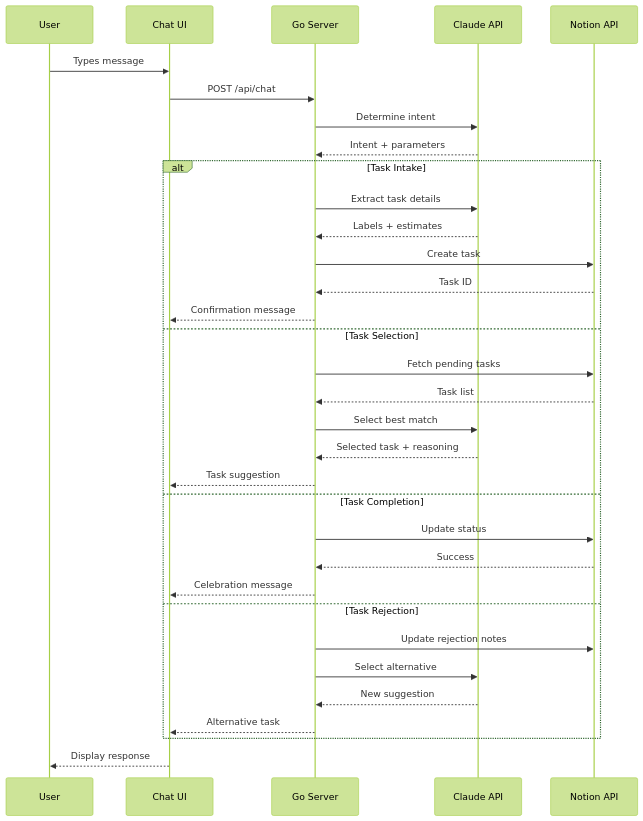
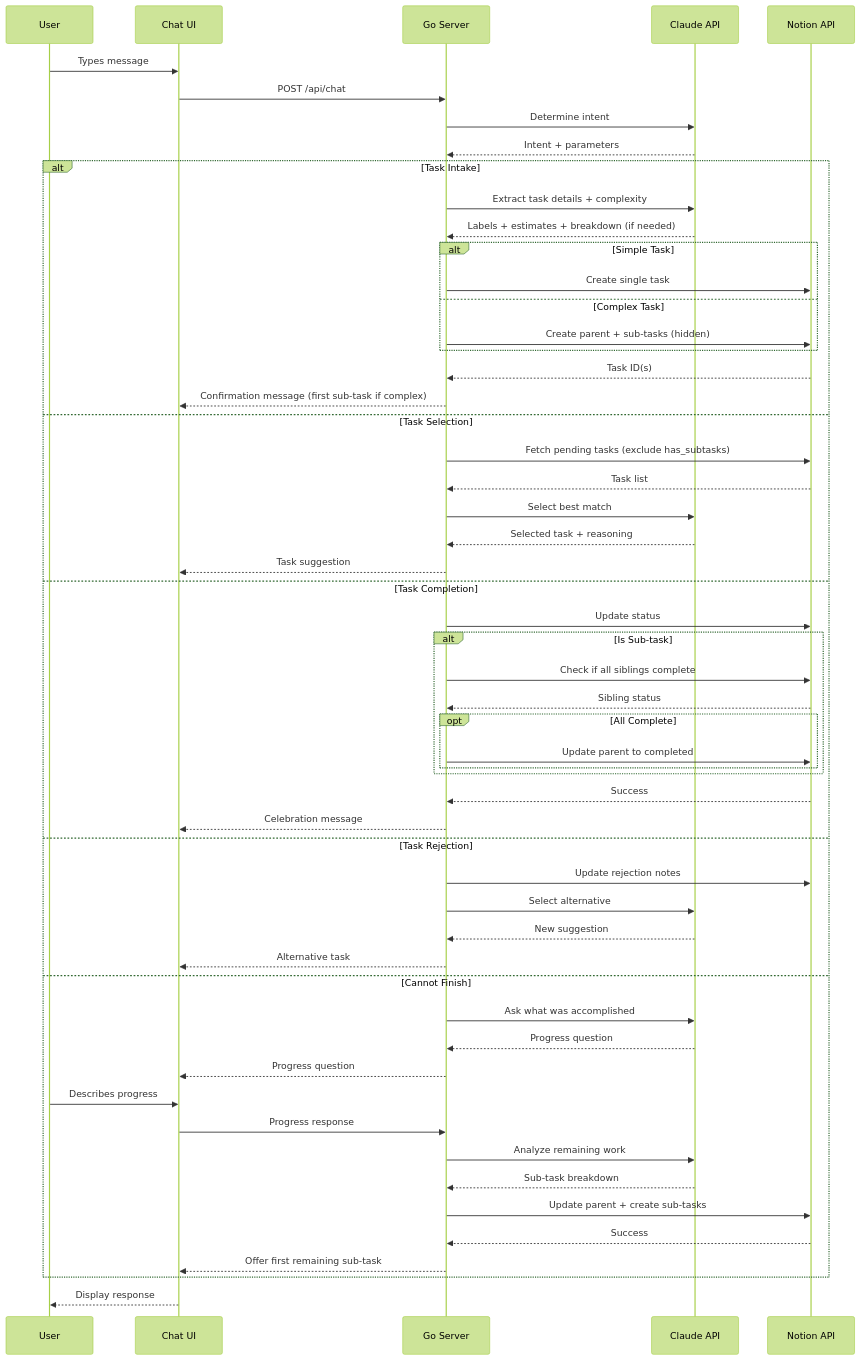
Before and after one commit to NickBorgers/hide-my-list: the third of 5 diagrams in docs/architecture.md, drawn with Mermaid (forest theme). The commit also changed other lines of this file and 4 other files, not shown here.

First line of the commit message:
Add CANNOT_FINISH command and automatic task breakdown

````diff
--- a/docs/architecture.md
+++ b/docs/architecture.md
@@ -75,38 +75,60 @@
 ```mermaid
 sequenceDiagram
     participant User
     participant UI as Chat UI
     participant Server as Go Server
     participant Claude as Claude API
     participant Notion as Notion API
 
     User->>UI: Types message
     UI->>Server: POST /api/chat
     Server->>Claude: Determine intent
     Claude-->>Server: Intent + parameters
 
     alt Task Intake
-        Server->>Claude: Extract task details
-        Claude-->>Server: Labels + estimates
-        Server->>Notion: Create task
-        Notion-->>Server: Task ID
-        Server-->>UI: Confirmation message
+        Server->>Claude: Extract task details + complexity
+        Claude-->>Server: Labels + estimates + breakdown (if needed)
+        alt Simple Task
+            Server->>Notion: Create single task
+        else Complex Task
+            Server->>Notion: Create parent + sub-tasks (hidden)
+        end
+        Notion-->>Server: Task ID(s)
+        Server-->>UI: Confirmation message (first sub-task if complex)
     else Task Selection
-        Server->>Notion: Fetch pending tasks
+        Server->>Notion: Fetch pending tasks (exclude has_subtasks)
         Notion-->>Server: Task list
         Server->>Claude: Select best match
         Claude-->>Server: Selected task + reasoning
         Server-->>UI: Task suggestion
     else Task Completion
         Server->>Notion: Update status
+        alt Is Sub-task
+            Server->>Notion: Check if all siblings complete
+            Notion-->>Server: Sibling status
+            opt All Complete
+                Server->>Notion: Update parent to completed
+            end
+        end
         Notion-->>Server: Success
         Server-->>UI: Celebration message
     else Task Rejection
         Server->>Notion: Update rejection notes
         Server->>Claude: Select alternative
         Claude-->>Server: New suggestion
         Server-->>UI: Alternative task
+    else Cannot Finish
+        Server->>Claude: Ask what was accomplished
+        Claude-->>Server: Progress question
+        Server-->>UI: Progress question
+        User->>UI: Describes progress
+        UI->>Server: Progress response
+        Server->>Claude: Analyze remaining work
+        Claude-->>Server: Sub-task breakdown
+        Server->>Notion: Update parent + create sub-tasks
+        Notion-->>Server: Success
+        Server-->>UI: Offer first remaining sub-task
     end
 
     UI-->>User: Display response
 ```
````
